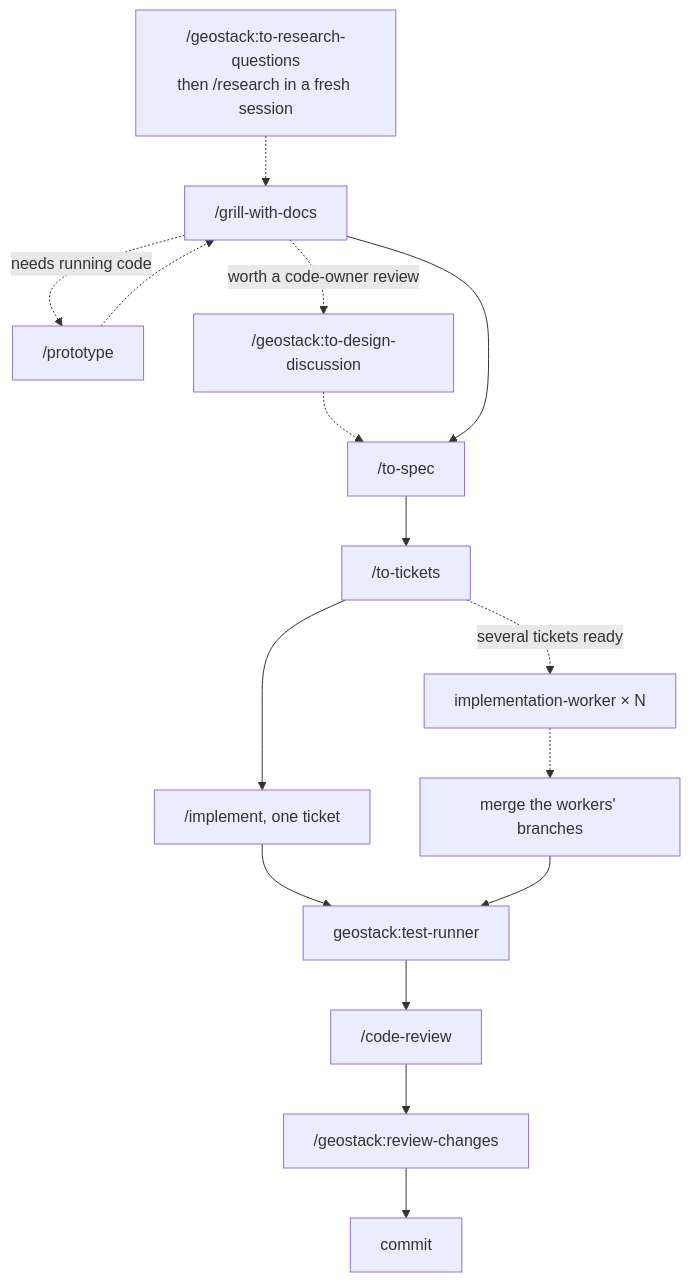
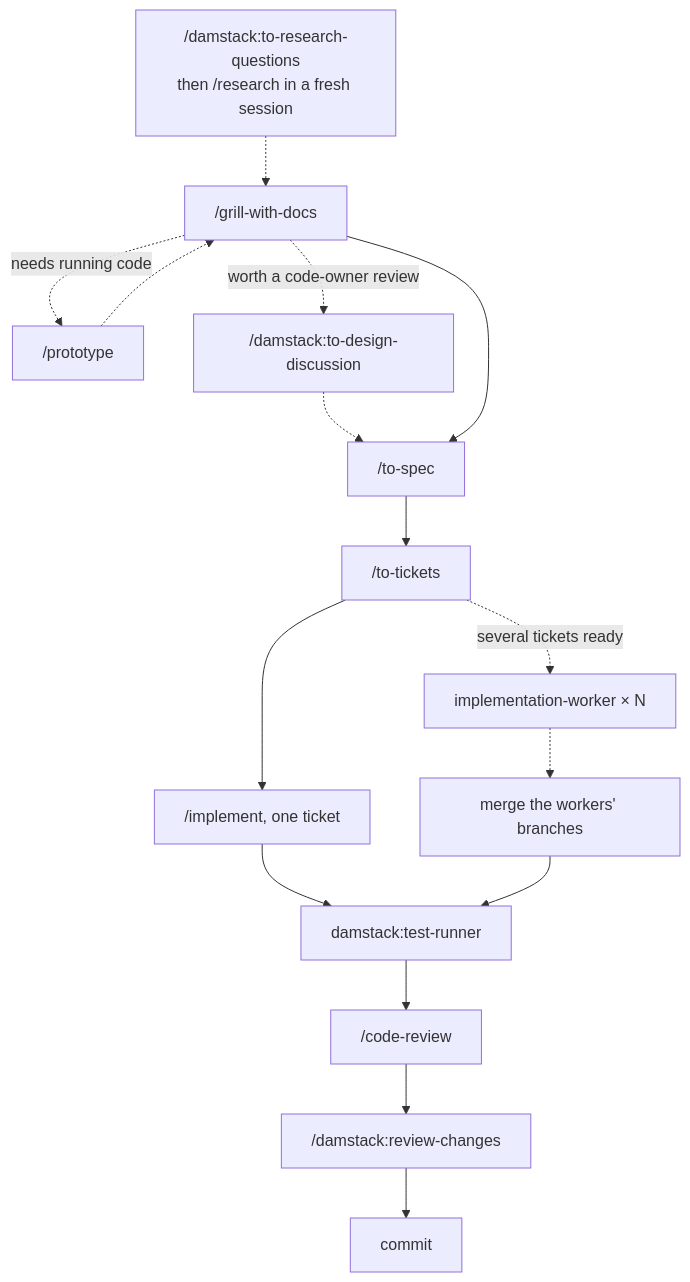
The diagram in docs/workflows.md (d4mp3/damkit), drawn with Mermaid before and after one commit. The commit also changed other lines of this file and 21 other files, not shown here.

Commit message:
refactor: rename the plugin from geostack to damstack

````diff
--- a/docs/workflows.md
+++ b/docs/workflows.md
@@ -42,15 +42,15 @@
 ```mermaid
 flowchart TD
-  RQ["/geostack:to-research-questions<br>then /research in a fresh session"] -.-> G
+  RQ["/damstack:to-research-questions<br>then /research in a fresh session"] -.-> G
   G["/grill-with-docs"] -.->|needs running code| P["/prototype"]
   P -.-> G
-  G -.->|worth a code-owner review| DD["/geostack:to-design-discussion"]
+  G -.->|worth a code-owner review| DD["/damstack:to-design-discussion"]
   DD -.-> S
   G --> S["/to-spec"] --> T["/to-tickets"]
   T --> I["/implement, one ticket"]
   T -.->|several tickets ready| W["implementation-worker × N"]
   W -.-> M["merge the workers' branches"]
-  I --> TR["geostack:test-runner"]
+  I --> TR["damstack:test-runner"]
   M --> TR
-  TR --> CR["/code-review"] --> RC["/geostack:review-changes"] --> C["commit"]
+  TR --> CR["/code-review"] --> RC["/damstack:review-changes"] --> C["commit"]
 ```
````
